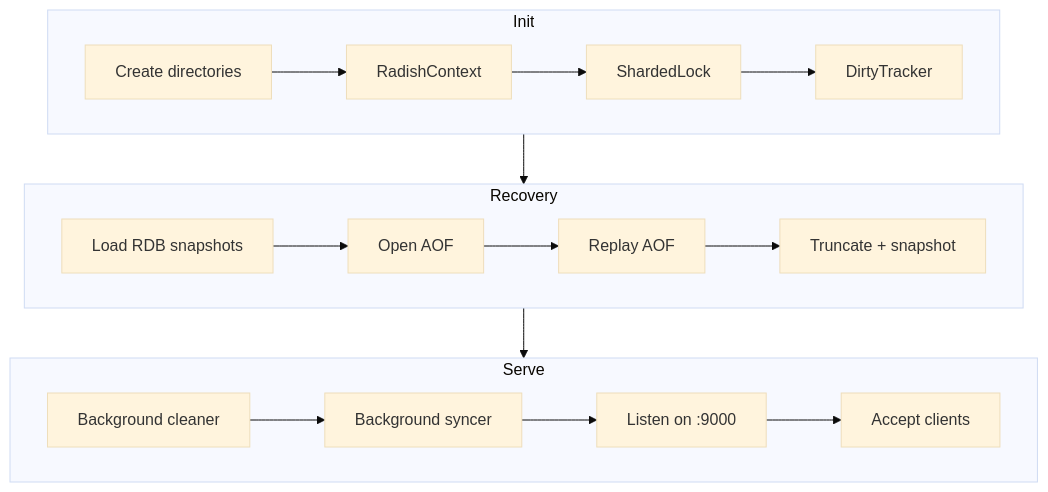
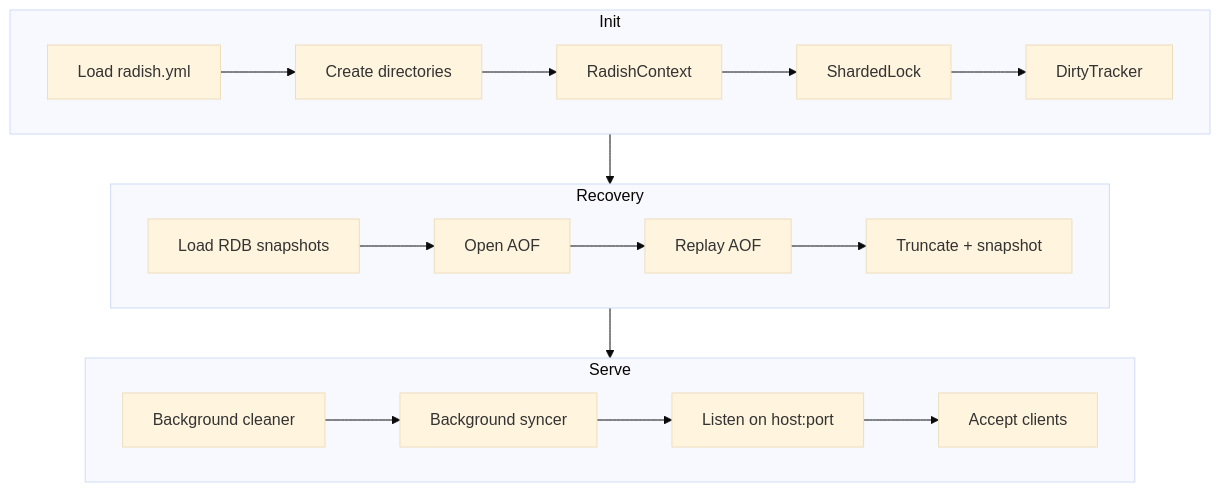
The first of 2 diagrams in docs/server-client.md (fabioscantamburlo/Radish), drawn with Mermaid (base theme) before and after one commit. The commit also changed other lines of this file and 30 other files, not shown here.

````diff
--- a/docs/server-client.md
+++ b/docs/server-client.md
@@ -19,19 +19,19 @@
 ```mermaid
 graph TD
     subgraph Init
         direction LR
-        A["Create directories"] --> B["RadishContext"] --> C["ShardedLock"] --> D["DirtyTracker"]
+        Z["Load radish.yml"] --> A["Create directories"] --> B["RadishContext"] --> C["ShardedLock"] --> D["DirtyTracker"]
     end
 
     subgraph Recovery
         direction LR
         E["Load RDB snapshots"] --> F["Open AOF"] --> G["Replay AOF"] --> H["Truncate + snapshot"]
     end
 
     subgraph Serve
         direction LR
-        I["Background cleaner"] --> J["Background syncer"] --> K["Listen on :9000"] --> L["Accept clients"]
+        I["Background cleaner"] --> J["Background syncer"] --> K["Listen on host:port"] --> L["Accept clients"]
     end
 
     Init --> Recovery --> Serve
 ```
````
